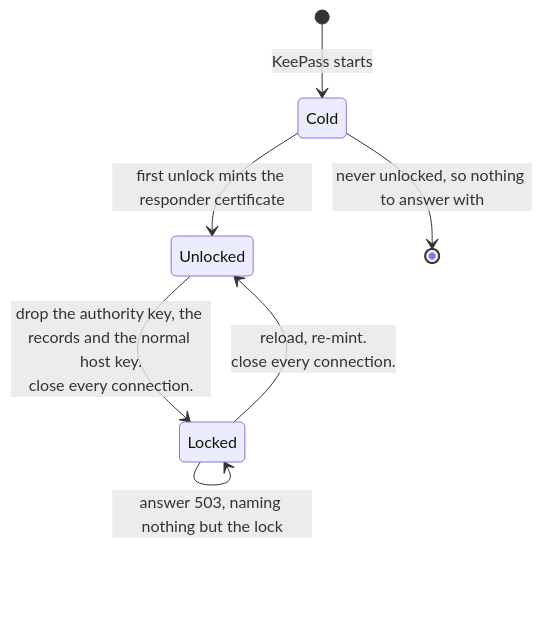
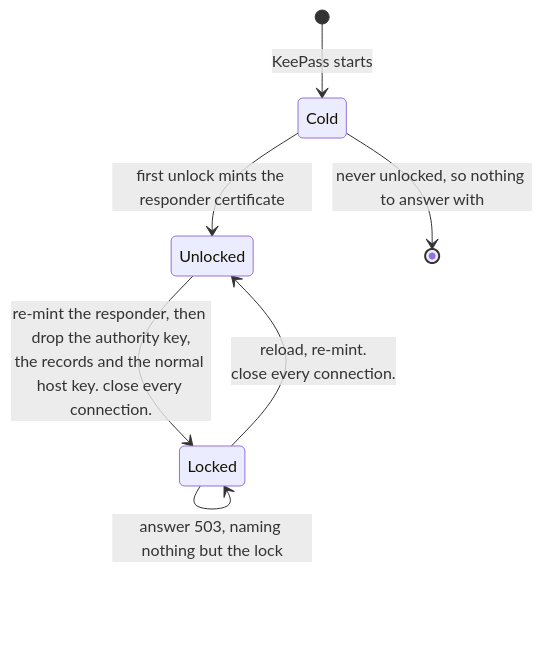
One commit to mfrnd/KeePassGate changed the fifth of 5 diagrams in PAIRING.md. Above: the diagram before and after it, drawn with Mermaid. The commit also changed other lines of this file and 8 other files, not shown here.

````diff
--- a/PAIRING.md
+++ b/PAIRING.md
@@ -308,9 +311,9 @@
 ```mermaid
 stateDiagram-v2
     [*] --> Cold: KeePass starts
     Cold --> Unlocked: first unlock mints the responder certificate
     Cold --> [*]: never unlocked, so nothing to answer with
-    Unlocked --> Locked: drop the authority key, the records and the normal host key.<br/>close every connection.
+    Unlocked --> Locked: re-mint the responder, then drop the authority key,<br/>the records and the normal host key. close every connection.
     Locked --> Unlocked: reload, re-mint.<br/>close every connection.
     Locked --> Locked: answer 503, naming nothing but the lock
 ```
````
